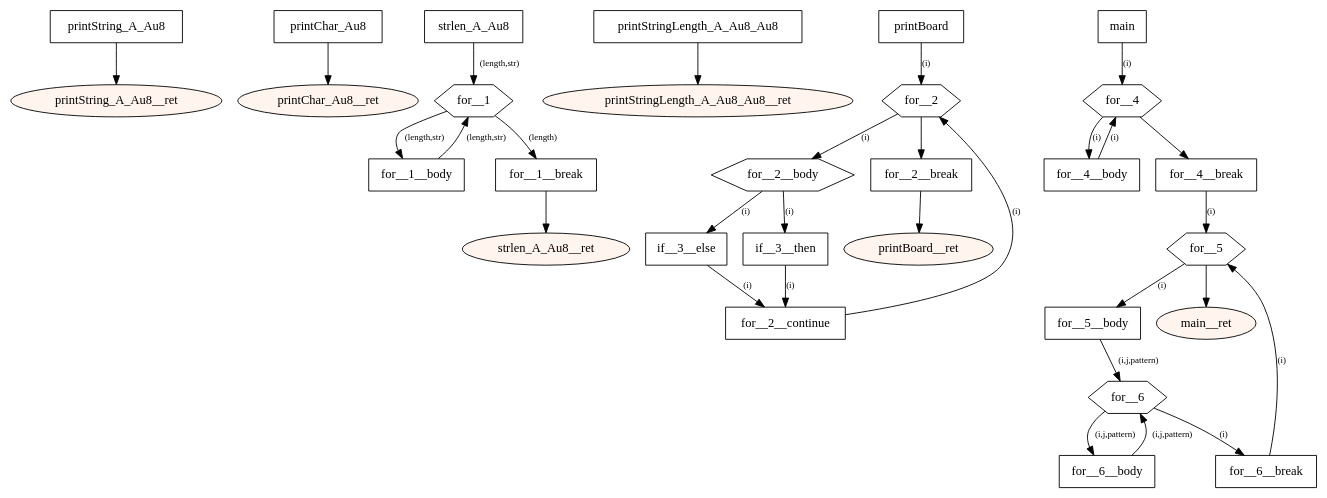
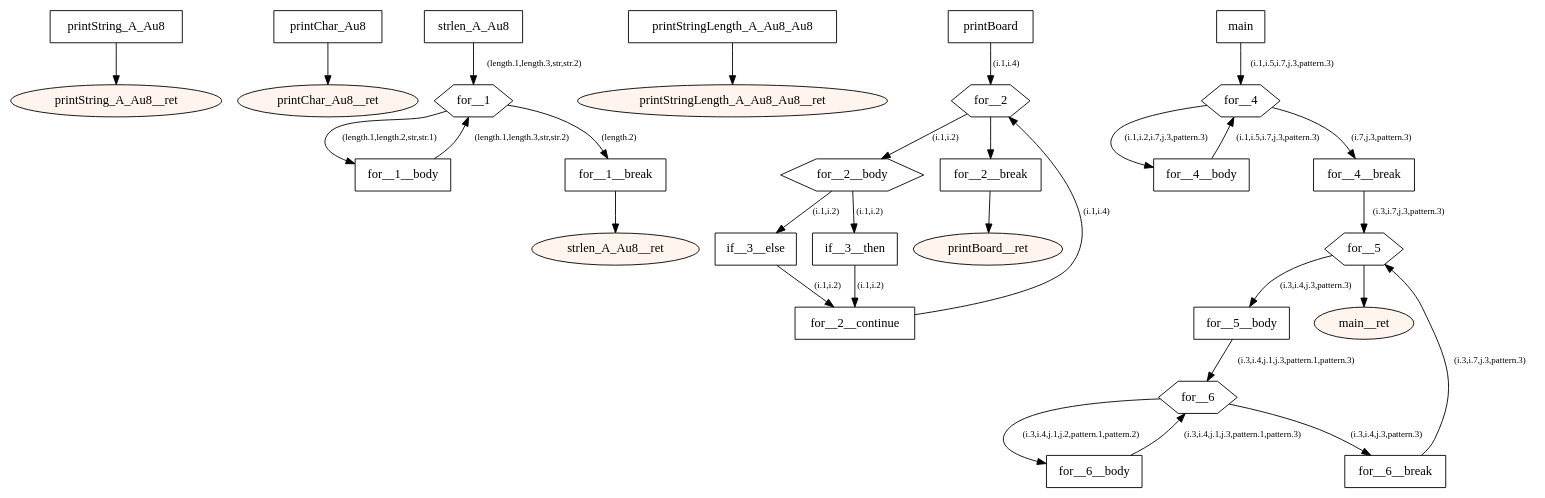
The diagram in src/main/resources-test/compiler/windows/rule110.dot (tmssngr/tinyC), drawn with Graphviz before and after one commit. The commit also changed 90 other files, not shown here.

```diff
--- a/src/main/resources-test/compiler/windows/rule110.dot
+++ b/src/main/resources-test/compiler/windows/rule110.dot
@@ -1,73 +1,73 @@
 digraph program {
 	edge[fontsize="10pt"];
 	subgraph fn_printString_A_Au8 {
 		BasicBlock_0_printString_A_Au8 [label="printString_A_Au8",shape=box];
 		BasicBlock_0_printString_A_Au8 -> BasicBlock_0_printString_A_Au8__ret;
 		BasicBlock_0_printString_A_Au8__ret [label="printString_A_Au8__ret",shape=oval,style=filled,fillcolor="#fff5ee"];
 	}
 	subgraph fn_printChar_Au8 {
 		BasicBlock_1_printChar_Au8 [label="printChar_Au8",shape=box];
 		BasicBlock_1_printChar_Au8 -> BasicBlock_1_printChar_Au8__ret;
 		BasicBlock_1_printChar_Au8__ret [label="printChar_Au8__ret",shape=oval,style=filled,fillcolor="#fff5ee"];
 	}
 	subgraph fn_strlen_A_Au8 {
 		BasicBlock_2_strlen_A_Au8 [label="strlen_A_Au8",shape=box];
-		BasicBlock_2_strlen_A_Au8 -> BasicBlock_2_for__1 [label="(length,str)"];
+		BasicBlock_2_strlen_A_Au8 -> BasicBlock_2_for__1 [label="(length.1,length.3,str,str.2)"];
 		BasicBlock_2_for__1__body [label="for__1__body",shape=box];
-		BasicBlock_2_for__1__body -> BasicBlock_2_for__1 [label="(length,str)"];
+		BasicBlock_2_for__1__body -> BasicBlock_2_for__1 [label="(length.1,length.3,str,str.2)"];
 		BasicBlock_2_for__1 [label="for__1",shape=hexagon];
-		BasicBlock_2_for__1 -> BasicBlock_2_for__1__break [label="(length)"];
-		BasicBlock_2_for__1 -> BasicBlock_2_for__1__body [label="(length,str)"];
+		BasicBlock_2_for__1 -> BasicBlock_2_for__1__break [label="(length.2)"];
+		BasicBlock_2_for__1 -> BasicBlock_2_for__1__body [label="(length.1,length.2,str,str.1)"];
 		BasicBlock_2_for__1__break [label="for__1__break",shape=box];
 		BasicBlock_2_for__1__break -> BasicBlock_2_strlen_A_Au8__ret;
 		BasicBlock_2_strlen_A_Au8__ret [label="strlen_A_Au8__ret",shape=oval,style=filled,fillcolor="#fff5ee"];
 	}
 	subgraph fn_printStringLength_A_Au8_Au8 {
 		BasicBlock_3_printStringLength_A_Au8_Au8 [label="printStringLength_A_Au8_Au8",shape=box];
 		BasicBlock_3_printStringLength_A_Au8_Au8 -> BasicBlock_3_printStringLength_A_Au8_Au8__ret;
 		BasicBlock_3_printStringLength_A_Au8_Au8__ret [label="printStringLength_A_Au8_Au8__ret",shape=oval,style=filled,fillcolor="#fff5ee"];
 	}
 	subgraph fn_printBoard {
 		BasicBlock_4_printBoard [label="printBoard",shape=box];
-		BasicBlock_4_printBoard -> BasicBlock_4_for__2 [label="(i)"];
+		BasicBlock_4_printBoard -> BasicBlock_4_for__2 [label="(i.1,i.4)"];
 		BasicBlock_4_for__2__body [label="for__2__body",shape=hexagon];
-		BasicBlock_4_for__2__body -> BasicBlock_4_if__3__else [label="(i)"];
-		BasicBlock_4_for__2__body -> BasicBlock_4_if__3__then [label="(i)"];
+		BasicBlock_4_for__2__body -> BasicBlock_4_if__3__else [label="(i.1,i.2)"];
+		BasicBlock_4_for__2__body -> BasicBlock_4_if__3__then [label="(i.1,i.2)"];
 		BasicBlock_4_if__3__else [label="if__3__else",shape=box];
-		BasicBlock_4_if__3__else -> BasicBlock_4_for__2__continue [label="(i)"];
+		BasicBlock_4_if__3__else -> BasicBlock_4_for__2__continue [label="(i.1,i.2)"];
 		BasicBlock_4_if__3__then [label="if__3__then",shape=box];
-		BasicBlock_4_if__3__then -> BasicBlock_4_for__2__continue [label="(i)"];
+		BasicBlock_4_if__3__then -> BasicBlock_4_for__2__continue [label="(i.1,i.2)"];
 		BasicBlock_4_for__2__continue [label="for__2__continue",shape=box];
-		BasicBlock_4_for__2__continue -> BasicBlock_4_for__2 [label="(i)"];
+		BasicBlock_4_for__2__continue -> BasicBlock_4_for__2 [label="(i.1,i.4)"];
 		BasicBlock_4_for__2 [label="for__2",shape=hexagon];
 		BasicBlock_4_for__2 -> BasicBlock_4_for__2__break;
-		BasicBlock_4_for__2 -> BasicBlock_4_for__2__body [label="(i)"];
+		BasicBlock_4_for__2 -> BasicBlock_4_for__2__body [label="(i.1,i.2)"];
 		BasicBlock_4_for__2__break [label="for__2__break",shape=box];
 		BasicBlock_4_for__2__break -> BasicBlock_4_printBoard__ret;
 		BasicBlock_4_printBoard__ret [label="printBoard__ret",shape=oval,style=filled,fillcolor="#fff5ee"];
 	}
 	subgraph fn_main {
 		BasicBlock_5_main [label="main",shape=box];
-		BasicBlock_5_main -> BasicBlock_5_for__4 [label="(i)"];
+		BasicBlock_5_main -> BasicBlock_5_for__4 [label="(i.1,i.5,i.7,j.3,pattern.3)"];
 		BasicBlock_5_for__4__body [label="for__4__body",shape=box];
-		BasicBlock_5_for__4__body -> BasicBlock_5_for__4 [label="(i)"];
+		BasicBlock_5_for__4__body -> BasicBlock_5_for__4 [label="(i.1,i.5,i.7,j.3,pattern.3)"];
 		BasicBlock_5_for__4 [label="for__4",shape=hexagon];
-		BasicBlock_5_for__4 -> BasicBlock_5_for__4__break;
-		BasicBlock_5_for__4 -> BasicBlock_5_for__4__body [label="(i)"];
+		BasicBlock_5_for__4 -> BasicBlock_5_for__4__break [label="(i.7,j.3,pattern.3)"];
+		BasicBlock_5_for__4 -> BasicBlock_5_for__4__body [label="(i.1,i.2,i.7,j.3,pattern.3)"];
 		BasicBlock_5_for__4__break [label="for__4__break",shape=box];
-		BasicBlock_5_for__4__break -> BasicBlock_5_for__5 [label="(i)"];
+		BasicBlock_5_for__4__break -> BasicBlock_5_for__5 [label="(i.3,i.7,j.3,pattern.3)"];
 		BasicBlock_5_for__5__body [label="for__5__body",shape=box];
-		BasicBlock_5_for__5__body -> BasicBlock_5_for__6 [label="(i,j,pattern)"];
+		BasicBlock_5_for__5__body -> BasicBlock_5_for__6 [label="(i.3,i.4,j.1,j.3,pattern.1,pattern.3)"];
 		BasicBlock_5_for__6__body [label="for__6__body",shape=box];
-		BasicBlock_5_for__6__body -> BasicBlock_5_for__6 [label="(i,j,pattern)"];
+		BasicBlock_5_for__6__body -> BasicBlock_5_for__6 [label="(i.3,i.4,j.1,j.3,pattern.1,pattern.3)"];
 		BasicBlock_5_for__6 [label="for__6",shape=hexagon];
-		BasicBlock_5_for__6 -> BasicBlock_5_for__6__break [label="(i)"];
-		BasicBlock_5_for__6 -> BasicBlock_5_for__6__body [label="(i,j,pattern)"];
+		BasicBlock_5_for__6 -> BasicBlock_5_for__6__break [label="(i.3,i.4,j.3,pattern.3)"];
+		BasicBlock_5_for__6 -> BasicBlock_5_for__6__body [label="(i.3,i.4,j.1,j.2,pattern.1,pattern.2)"];
 		BasicBlock_5_for__6__break [label="for__6__break",shape=box];
-		BasicBlock_5_for__6__break -> BasicBlock_5_for__5 [label="(i)"];
+		BasicBlock_5_for__6__break -> BasicBlock_5_for__5 [label="(i.3,i.7,j.3,pattern.3)"];
 		BasicBlock_5_for__5 [label="for__5",shape=hexagon];
 		BasicBlock_5_for__5 -> BasicBlock_5_main__ret;
-		BasicBlock_5_for__5 -> BasicBlock_5_for__5__body [label="(i)"];
+		BasicBlock_5_for__5 -> BasicBlock_5_for__5__body [label="(i.3,i.4,j.3,pattern.3)"];
 		BasicBlock_5_main__ret [label="main__ret",shape=oval,style=filled,fillcolor="#fff5ee"];
 	}
 }
```
